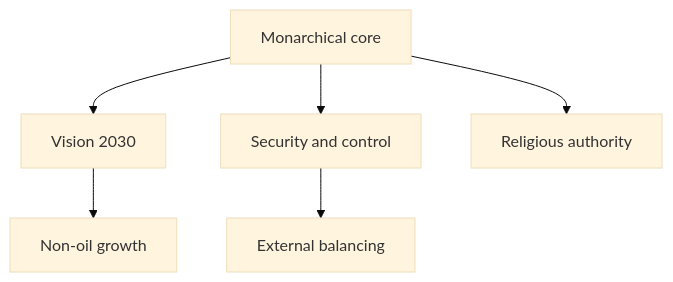
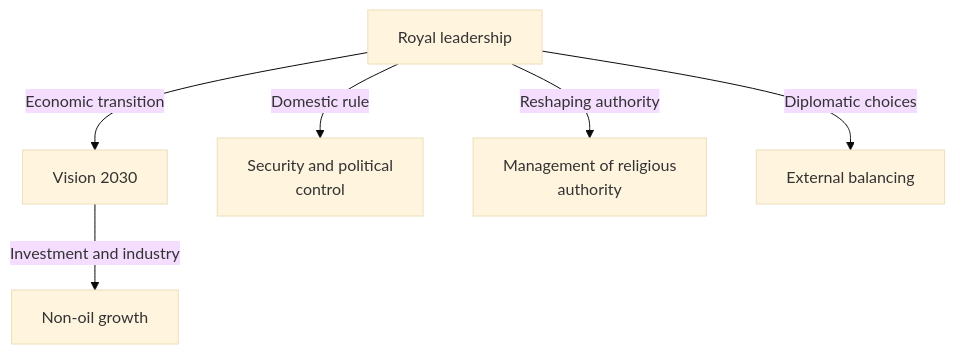
Before and after one commit to daylight55/research: the first of 2 diagrams in articles/report/saudi-arabia-geopolitical-profile/en/index.mdx, drawn with Mermaid (base theme). The commit also changed other lines of this file and 181 other files, not shown here.

First line of the commit message:
全記事の図解368点を再生成し、共通注意書きを削除 (#402)

````diff
--- a/articles/report/saudi-arabia-geopolitical-profile/en/index.mdx
+++ b/articles/report/saudi-arabia-geopolitical-profile/en/index.mdx
@@ -32,8 +32,16 @@
 ```mermaid
 flowchart TD
-  A["Monarchical core"] --> B["Vision 2030"]
-  A --> C["Security and control"]
-  A --> D["Religious authority"]
-  B --> E["Non-oil growth"]
-  C --> F["External balancing"]
+  accTitle: Saudi royal power, economic change and political control
+  accDescr: Distinguish Vision 2030's non-oil growth from security and religious control and external balancing.
+  N0["Royal leadership"]
+  N1["Vision 2030"]
+  N2["Non-oil growth"]
+  N3["Security and political<br/>control"]
+  N4["Management of religious<br/>authority"]
+  N5["External balancing"]
+  N0 -->|Economic transition| N1
+  N1 -->|Investment and industry| N2
+  N0 -->|Domestic rule| N3
+  N0 -->|Reshaping authority| N4
+  N0 -->|Diplomatic choices| N5
 ```
````
